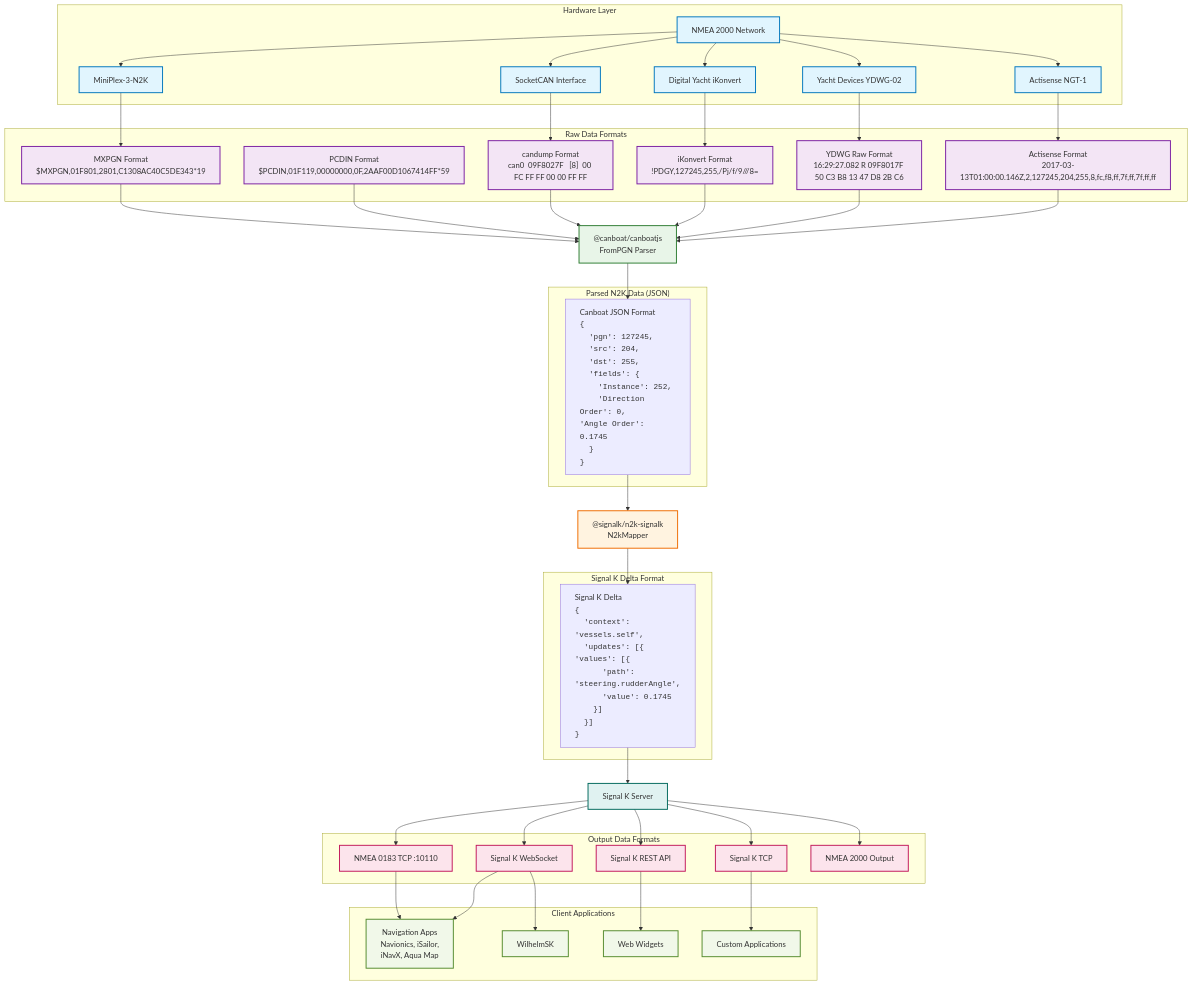
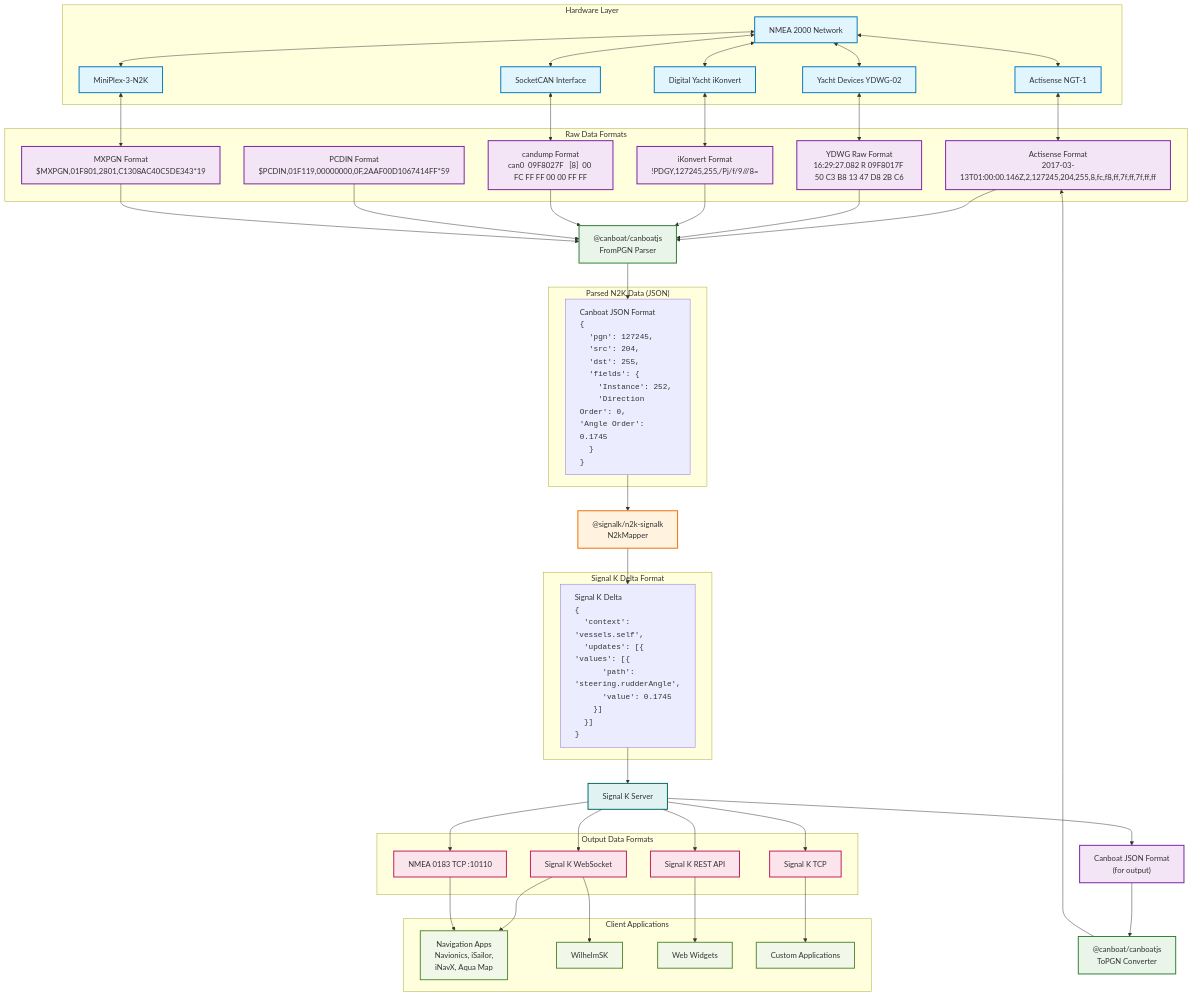
The diagram in architecture-diagram.md (canboat/canboatjs), drawn with Mermaid before and after one commit.

Commit message:
add toPgn

````diff
--- a/architecture-diagram.md
+++ b/architecture-diagram.md
@@ -27,6 +27,8 @@
 
     %% canboatjs Layer
     FROMPGN["@canboat/canboatjs<br>FromPGN Parser"]
+    TOPGN["@canboat/canboatjs<br>ToPGN Converter"]
+    JSON_N2K_OUT["Canboat JSON Format<br/>(for output)"]
 
     %% Parsed Data
     subgraph "Parsed N2K Data (JSON)"
@@ -60,21 +62,20 @@
         SIGNALK_WS[Signal K WebSocket]
         SIGNALK_REST[Signal K REST API]
         SIGNALK_TCP[Signal K TCP]
-        NMEA2000_OUT[NMEA 2000 Output]
     end
 
     %% Connections - Hardware to canboatjs
-    N2K --> ACTISENSE
-    N2K --> YDWG
-    N2K --> IKON
-    N2K --> MINIPLEX
-    N2K --> SOCKETCAN
+    N2K <--> ACTISENSE
+    N2K <--> YDWG
+    N2K <--> IKON
+    N2K <--> MINIPLEX
+    N2K <--> SOCKETCAN
 
-    ACTISENSE --> ACT_FMT
-    YDWG --> YDWG_FMT
-    IKON --> IKON_FMT
-    SOCKETCAN --> CANDUMP_FMT
-    MINIPLEX --> MXPGN_FMT
+    ACTISENSE <--> ACT_FMT
+    YDWG <--> YDWG_FMT
+    IKON <--> IKON_FMT
+    SOCKETCAN <--> CANDUMP_FMT
+    MINIPLEX <--> MXPGN_FMT
 
     %% canboatjs parsing
     ACT_FMT --> FROMPGN
@@ -98,7 +99,6 @@
     SIGNALK_SERVER --> SIGNALK_REST
     SIGNALK_SERVER --> SIGNALK_TCP
     SIGNALK_SERVER --> NMEA0183_OUT
-    SIGNALK_SERVER --> NMEA2000_OUT
 
     %% Client connections
     SIGNALK_WS --> APPS
@@ -106,6 +106,11 @@
     NMEA0183_OUT --> APPS
     SIGNALK_TCP --> CUSTOM_CLIENTS
     SIGNALK_WS --> WILHELMSK
+
+    %% Reverse flow - Signal K to N2K
+    SIGNALK_SERVER --> JSON_N2K_OUT
+    JSON_N2K_OUT --> TOPGN
+    TOPGN --> ACT_FMT
 
     %% Styling
     classDef hardware fill:#e1f5fe,stroke:#0277bd,stroke-width:2px
@@ -117,10 +122,11 @@
     classDef clients fill:#f1f8e9,stroke:#558b2f,stroke-width:2px
 
     class N2K,CAN,ACTISENSE,YDWG,IKON,MINIPLEX,SOCKETCAN hardware
-    class ACT_FMT,YDWG_FMT,IKON_FMT,CANDUMP_FMT,PCDIN_FMT,MXPGN_FMT format
+    class ACT_FMT,YDWG_FMT,IKON_FMT,CANDUMP_FMT,PCDIN_FMT,MXPGN_FMT,JSON_N2K_OUT format
     class FROMPGN canboatjs
+    class TOPGN canboatjs
     class N2K_MAPPER,DELTA_CONV,STANDARD_PGNS,FUSION_PGNS,LOWRANCE_PGNS,RAYMARINE_PGNS,MARETRON_PGNS,ACTISENSE_PGNS,DIGITALYACHT_PGNS,SIMRAD_PGNS n2ksignalk
     class SIGNALK_SERVER signalkserver
-    class NMEA0183_OUT,NMEA2000_OUT,SIGNALK_WS,SIGNALK_REST,SIGNALK_TCP output
+    class NMEA0183_OUT,SIGNALK_WS,SIGNALK_REST,SIGNALK_TCP output
     class APPS,WIDGETS,CUSTOM_CLIENTS,WILHELMSK clients
 ```
````
